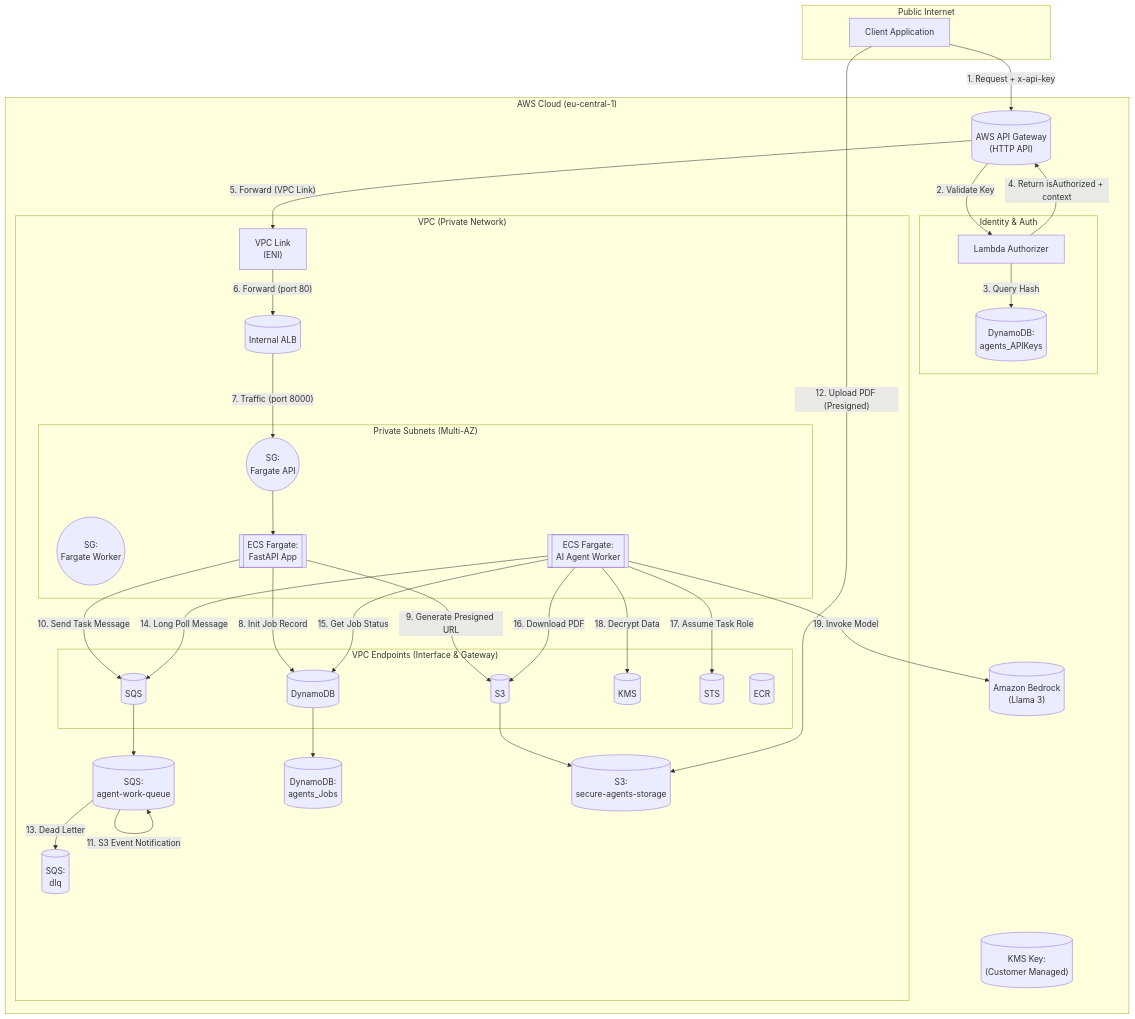
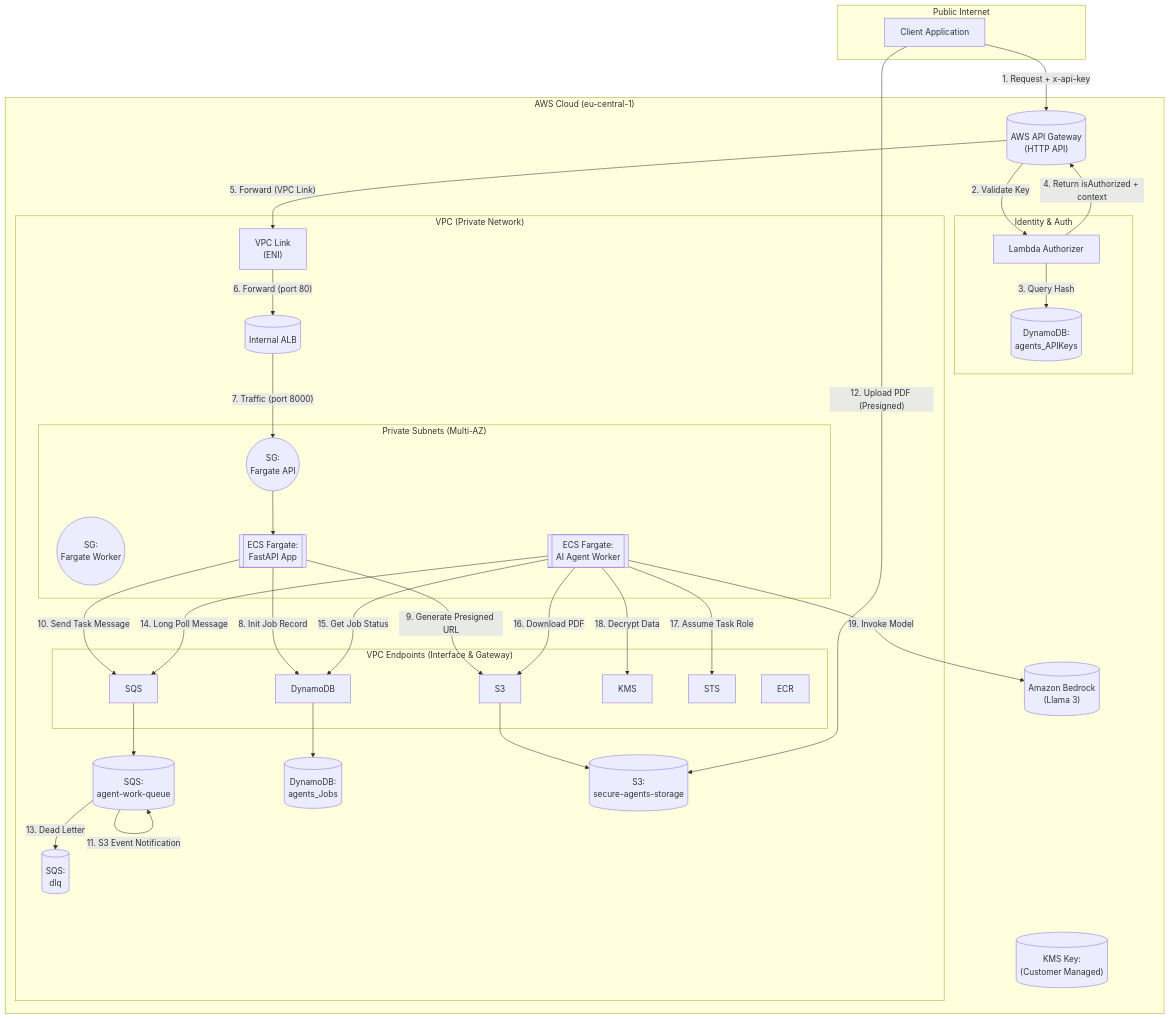
One commit to SteliosSpanos/secure-agents changed the diagram in README.md. Above: the diagram before and after it, drawn with Mermaid.

Commit message:
Fixes diagram

````diff
--- a/README.md
+++ b/README.md
@@ -11,75 +11,75 @@
 ```mermaid
 graph TD
   subgraph PublicInternet["Public Internet"]
     Client["Client Application"]
   end
 
   subgraph AWSCloud["AWS Cloud (eu-central-1)"]
     APIGW[("AWS API Gateway<br>(HTTP API)")]
 
     subgraph AuthLayer["Identity & Auth"]
       Authorizer["Lambda Authorizer"]
       ApiKeysTable[("DynamoDB:<br>agents_APIKeys")]
     end
 
     subgraph VPC["VPC (Private Network)"]
       VpcLinkENI["VPC Link<br>(ENI)"]
       InternalALB[("Internal ALB")]
 
       subgraph VpcEndpoints["VPC Endpoints (Interface & Gateway)"]
-        EndpointSQS[("SQS")]
-        EndpointDynamoDB[("DynamoDB")]
-        EndpointS3[("S3")]
-        EndpointKMS[("KMS")]
-        EndpointSTS[("STS")]
-        EndpointECR[("ECR")]
+        EndpointSQS["SQS"]
+        EndpointDynamoDB["DynamoDB"]
+        EndpointS3["S3"]
+        EndpointKMS["KMS"]
+        EndpointSTS["STS"]
+        EndpointECR["ECR"]
       end
 
       MainQueue[("SQS:<br>agent-work-queue")]
       DlqQueue[("SQS:<br>dlq")]
       JobsTable[("DynamoDB:<br>agents_Jobs")]
       StorageBucket[("S3:<br>secure-agents-storage")]
 
       subgraph PrivateSubnets["Private Subnets (Multi-AZ)"]
         SgApi(("SG:<br>Fargate API"))
         SgWorker(("SG:<br>Fargate Worker"))
 
         ApiService[["ECS Fargate:<br>FastAPI App"]]
         WorkerService[["ECS Fargate:<br>AI Agent Worker"]]
       end
     end
 
     BedrockService[("Amazon Bedrock<br>(Llama 3)")]
     KmsKey[("KMS Key:<br>(Customer Managed)")]
   end
 
 
   Client -- "1. Request + x-api-key" --> APIGW
   APIGW -- "2. Validate Key" --> Authorizer
   Authorizer -- "3. Query Hash" --> ApiKeysTable
   Authorizer -- "4. Return isAuthorized + context" --> APIGW
 
   APIGW -- "5. Forward (VPC Link)" --> VpcLinkENI
   VpcLinkENI -- "6. Forward (port 80)" --> InternalALB
   InternalALB -- "7. Traffic (port 8000)" --> SgApi
   SgApi --> ApiService
 
   ApiService -- "8. Init Job Record" --> EndpointDynamoDB
   EndpointDynamoDB --> JobsTable
   ApiService -- "9. Generate Presigned URL" --> EndpointS3
   EndpointS3 --> StorageBucket
   ApiService -- "10. Send Task Message" --> EndpointSQS
   EndpointSQS --> MainQueue
 
   MainQueue -- "11. S3 Event Notification" --> MainQueue
   Client -- "12. Upload PDF (Presigned)" --> StorageBucket
   MainQueue -- "13. Dead Letter" --> DlqQueue
   WorkerService -- "14. Long Poll Message" --> EndpointSQS
   WorkerService -- "15. Get Job Status" --> EndpointDynamoDB
   WorkerService -- "16. Download PDF" --> EndpointS3
   WorkerService -- "17. Assume Task Role" --> EndpointSTS
   WorkerService -- "18. Decrypt Data" --> EndpointKMS
 
   WorkerService -- "19. Invoke Model" --> BedrockService
 
 ```
````
